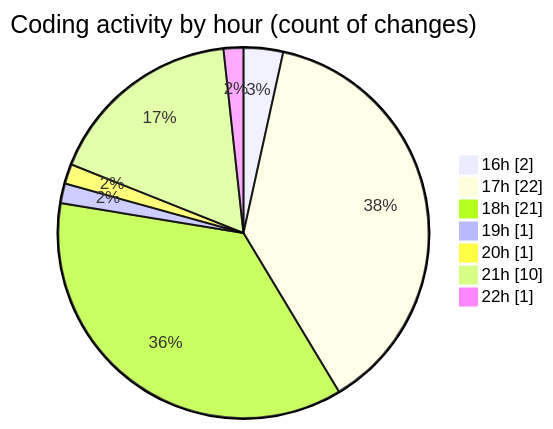
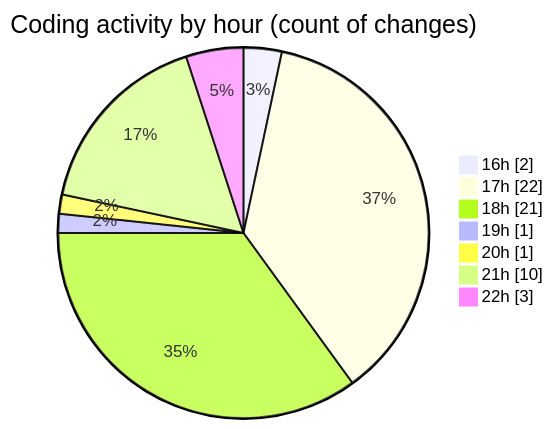
Before and after one commit to Elitesun/code-tracking: the second of 2 diagrams in 2025-01-24/react/README.md, drawn with Mermaid. The commit also changed other lines of this file and 1 other file, not shown here.

````diff
--- a/2025-01-24/react/README.md
+++ b/2025-01-24/react/README.md
@@ -39,11 +39,11 @@
 ```mermaid
 pie showData
 title Coding activity by hour (count of changes)
 "16h" : 2
 "17h" : 22
 "18h" : 21
 "19h" : 1
 "20h" : 1
 "21h" : 10
-"22h" : 1
+"22h" : 3
 ```
````
